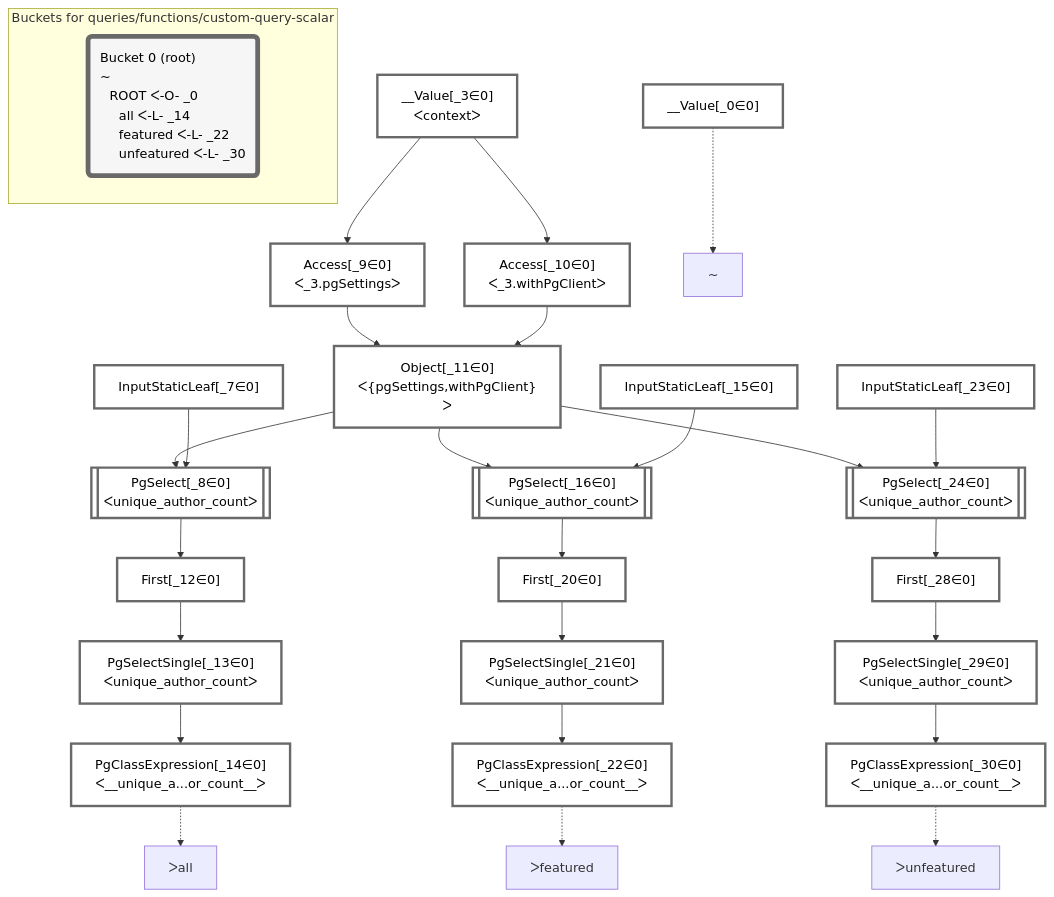
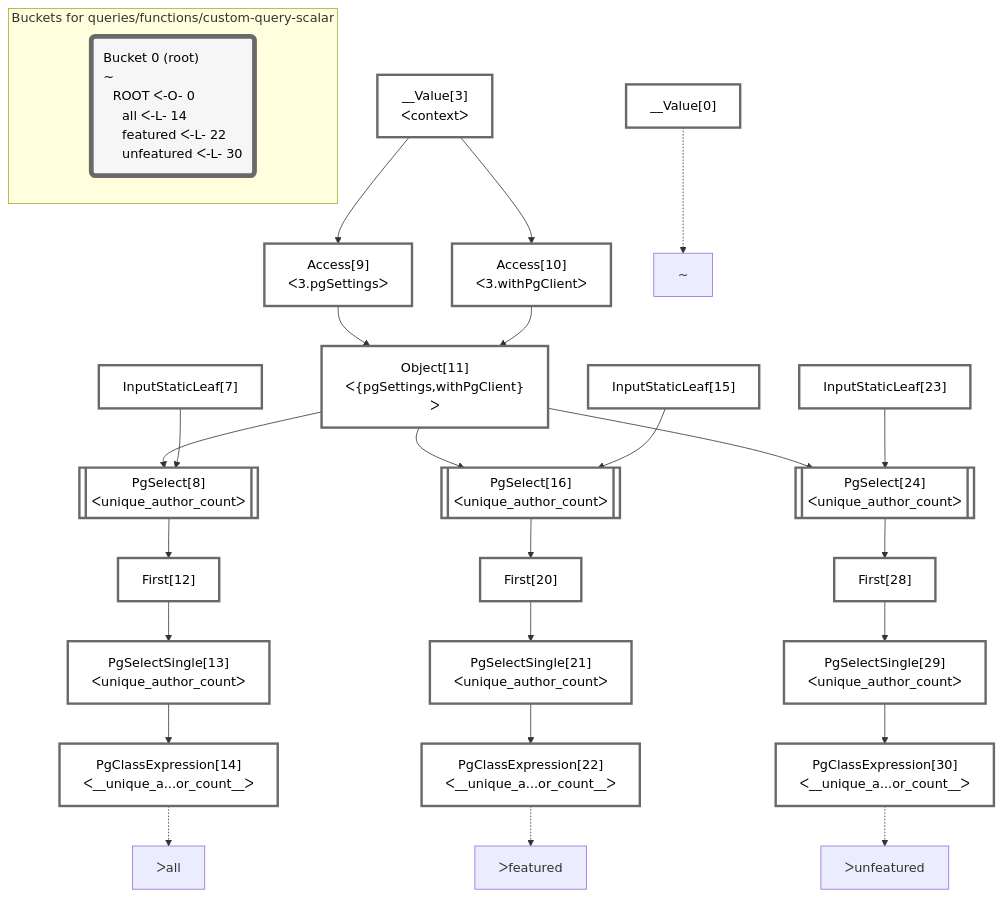
The diagram in packages/dataplan-pg/__tests__/queries/functions/custom-query-scalar.mermaid.md (graphile/crystal), drawn with Mermaid before and after one commit. The commit also changed 195 other files, not shown here.

````diff
--- a/packages/dataplan-pg/__tests__/queries/functions/custom-query-scalar.mermaid.md
+++ b/packages/dataplan-pg/__tests__/queries/functions/custom-query-scalar.mermaid.md
@@ -1,64 +1,64 @@
 ```mermaid
 graph TD
     classDef path fill:#eee,stroke:#000,color:#000
     classDef plan fill:#fff,stroke-width:3px,color:#000
     classDef itemplan fill:#fff,stroke-width:6px,color:#000
     classDef sideeffectplan fill:#f00,stroke-width:6px,color:#000
     classDef bucket fill:#f6f6f6,color:#000,stroke-width:6px,text-align:left
 
 
     %% define plans
-    __Value_0["__Value[_0∈0]"]:::plan
-    PgClassExpression_14["PgClassExpression[_14∈0]<br />ᐸ__unique_a...or_count__ᐳ"]:::plan
-    PgSelectSingle_13["PgSelectSingle[_13∈0]<br />ᐸunique_author_countᐳ"]:::plan
-    First_12["First[_12∈0]"]:::plan
-    PgSelect_8[["PgSelect[_8∈0]<br />ᐸunique_author_countᐳ"]]:::plan
-    PgClassExpression_22["PgClassExpression[_22∈0]<br />ᐸ__unique_a...or_count__ᐳ"]:::plan
-    PgSelectSingle_21["PgSelectSingle[_21∈0]<br />ᐸunique_author_countᐳ"]:::plan
-    First_20["First[_20∈0]"]:::plan
-    PgSelect_16[["PgSelect[_16∈0]<br />ᐸunique_author_countᐳ"]]:::plan
-    PgClassExpression_30["PgClassExpression[_30∈0]<br />ᐸ__unique_a...or_count__ᐳ"]:::plan
-    PgSelectSingle_29["PgSelectSingle[_29∈0]<br />ᐸunique_author_countᐳ"]:::plan
-    First_28["First[_28∈0]"]:::plan
-    PgSelect_24[["PgSelect[_24∈0]<br />ᐸunique_author_countᐳ"]]:::plan
-    Object_11["Object[_11∈0]<br />ᐸ{pgSettings,withPgClient}ᐳ"]:::plan
-    Access_9["Access[_9∈0]<br />ᐸ_3.pgSettingsᐳ"]:::plan
-    Access_10["Access[_10∈0]<br />ᐸ_3.withPgClientᐳ"]:::plan
-    __Value_3["__Value[_3∈0]<br />ᐸcontextᐳ"]:::plan
-    InputStaticLeaf_7["InputStaticLeaf[_7∈0]"]:::plan
-    InputStaticLeaf_15["InputStaticLeaf[_15∈0]"]:::plan
-    InputStaticLeaf_23["InputStaticLeaf[_23∈0]"]:::plan
+    __Value0["__Value[0]"]:::plan
+    PgClassExpression14["PgClassExpression[14]<br />ᐸ__unique_a...or_count__ᐳ"]:::plan
+    PgSelectSingle13["PgSelectSingle[13]<br />ᐸunique_author_countᐳ"]:::plan
+    First12["First[12]"]:::plan
+    PgSelect8[["PgSelect[8]<br />ᐸunique_author_countᐳ"]]:::plan
+    PgClassExpression22["PgClassExpression[22]<br />ᐸ__unique_a...or_count__ᐳ"]:::plan
+    PgSelectSingle21["PgSelectSingle[21]<br />ᐸunique_author_countᐳ"]:::plan
+    First20["First[20]"]:::plan
+    PgSelect16[["PgSelect[16]<br />ᐸunique_author_countᐳ"]]:::plan
+    PgClassExpression30["PgClassExpression[30]<br />ᐸ__unique_a...or_count__ᐳ"]:::plan
+    PgSelectSingle29["PgSelectSingle[29]<br />ᐸunique_author_countᐳ"]:::plan
+    First28["First[28]"]:::plan
+    PgSelect24[["PgSelect[24]<br />ᐸunique_author_countᐳ"]]:::plan
+    Object11["Object[11]<br />ᐸ{pgSettings,withPgClient}ᐳ"]:::plan
+    Access9["Access[9]<br />ᐸ3.pgSettingsᐳ"]:::plan
+    Access10["Access[10]<br />ᐸ3.withPgClientᐳ"]:::plan
+    __Value3["__Value[3]<br />ᐸcontextᐳ"]:::plan
+    InputStaticLeaf7["InputStaticLeaf[7]"]:::plan
+    InputStaticLeaf15["InputStaticLeaf[15]"]:::plan
+    InputStaticLeaf23["InputStaticLeaf[23]"]:::plan
 
     %% plan dependencies
-    PgSelectSingle_13 --> PgClassExpression_14
-    First_12 --> PgSelectSingle_13
-    PgSelect_8 --> First_12
-    Object_11 & InputStaticLeaf_7 --> PgSelect_8
-    PgSelectSingle_21 --> PgClassExpression_22
-    First_20 --> PgSelectSingle_21
-    PgSelect_16 --> First_20
-    Object_11 & InputStaticLeaf_15 --> PgSelect_16
-    PgSelectSingle_29 --> PgClassExpression_30
-    First_28 --> PgSelectSingle_29
-    PgSelect_24 --> First_28
-    Object_11 & InputStaticLeaf_23 --> PgSelect_24
-    Access_9 & Access_10 --> Object_11
-    __Value_3 --> Access_9
-    __Value_3 --> Access_10
+    PgSelectSingle13 --> PgClassExpression14
+    First12 --> PgSelectSingle13
+    PgSelect8 --> First12
+    Object11 & InputStaticLeaf7 --> PgSelect8
+    PgSelectSingle21 --> PgClassExpression22
+    First20 --> PgSelectSingle21
+    PgSelect16 --> First20
+    Object11 & InputStaticLeaf15 --> PgSelect16
+    PgSelectSingle29 --> PgClassExpression30
+    First28 --> PgSelectSingle29
+    PgSelect24 --> First28
+    Object11 & InputStaticLeaf23 --> PgSelect24
+    Access9 & Access10 --> Object11
+    __Value3 --> Access9
+    __Value3 --> Access10
 
     %% plan-to-path relationships
-    P_0["~"]
-    __Value_0 -.-> P_0
-    P_14["ᐳall"]
-    PgClassExpression_14 -.-> P_14
-    P_22["ᐳfeatured"]
-    PgClassExpression_22 -.-> P_22
-    P_30["ᐳunfeatured"]
-    PgClassExpression_30 -.-> P_30
+    P0["~"]
+    __Value0 -.-> P0
+    P14["ᐳall"]
+    PgClassExpression14 -.-> P14
+    P22["ᐳfeatured"]
+    PgClassExpression22 -.-> P22
+    P30["ᐳunfeatured"]
+    PgClassExpression30 -.-> P30
 
     subgraph "Buckets for queries/functions/custom-query-scalar"
-    Bucket0("Bucket 0 (root)<br />~<br />⠀ROOT ᐸ-O- _0<br />⠀⠀all ᐸ-L- _14<br />⠀⠀featured ᐸ-L- _22<br />⠀⠀unfeatured ᐸ-L- _30"):::bucket
+    Bucket0("Bucket 0 (root)<br />~<br />⠀ROOT ᐸ-O- 0<br />⠀⠀all ᐸ-L- 14<br />⠀⠀featured ᐸ-L- 22<br />⠀⠀unfeatured ᐸ-L- 30"):::bucket
     classDef bucket0 stroke:#696969
-    class Bucket0,__Value_0,__Value_3,InputStaticLeaf_7,PgSelect_8,Access_9,Access_10,Object_11,First_12,PgSelectSingle_13,PgClassExpression_14,InputStaticLeaf_15,PgSelect_16,First_20,PgSelectSingle_21,PgClassExpression_22,InputStaticLeaf_23,PgSelect_24,First_28,PgSelectSingle_29,PgClassExpression_30 bucket0
+    class Bucket0,__Value0,__Value3,InputStaticLeaf7,PgSelect8,Access9,Access10,Object11,First12,PgSelectSingle13,PgClassExpression14,InputStaticLeaf15,PgSelect16,First20,PgSelectSingle21,PgClassExpression22,InputStaticLeaf23,PgSelect24,First28,PgSelectSingle29,PgClassExpression30 bucket0
     end
 ```
````
